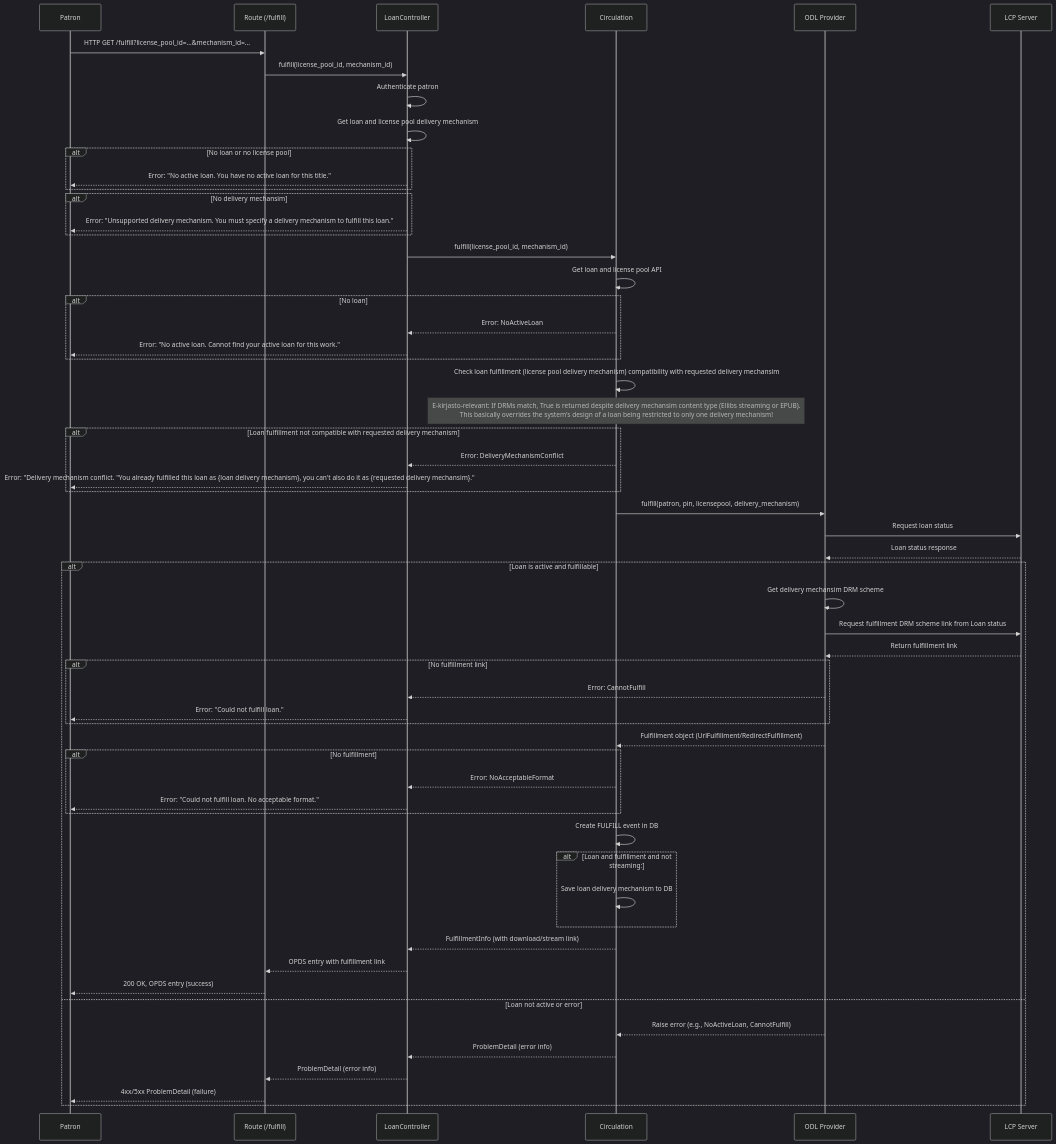
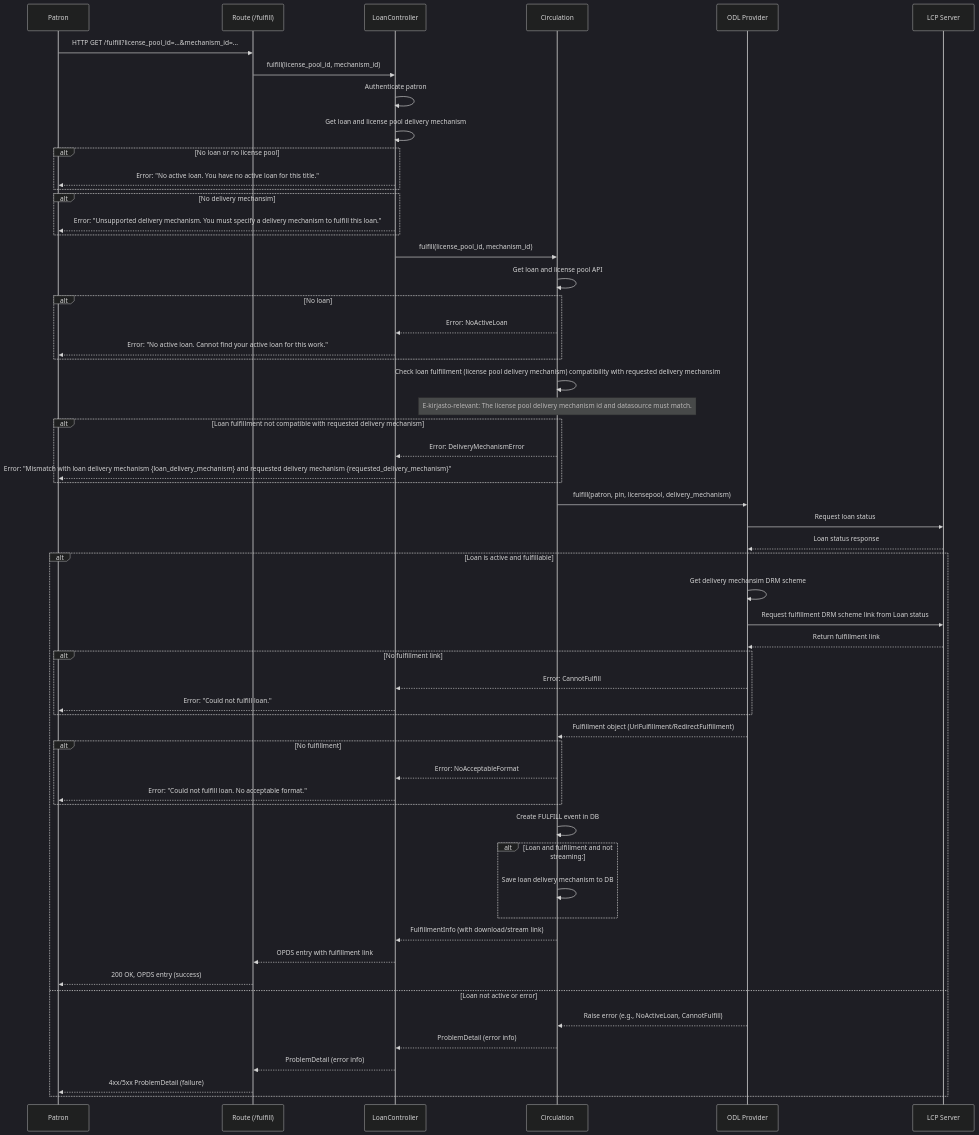
One commit to NatLibFi/ekirjasto-circulation changed the diagram in docs/diagrams/fulfill_flow.md. Above: the diagram before and after it, drawn with Mermaid (dark theme). The commit also changed 13 other files, not shown here.

First line of the commit message:
Ekir 934 enable audiobook streaming and downloading during loan (#330)

````diff
--- a/docs/diagrams/fulfill_flow.md
+++ b/docs/diagrams/fulfill_flow.md
@@ -1,64 +1,64 @@
 ```mermaid
 %% Mermaid Sequence Diagram: Fulfill Request (LCP, EPUB/PDF/Audiobook)
 %% Flow: Route → LoanController → CirculationAPI → ODL → ODL Server
 
 sequenceDiagram
     participant Patron
     participant FlaskRoute as Route (/fulfill)
     participant LoanController
     participant CirculationAPI as Circulation
     participant ODLAPI as ODL Provider
     participant ODLServer as LCP Server
 
     Patron->>FlaskRoute: HTTP GET /fulfill?license_pool_id=...&mechanism_id=...
     FlaskRoute->>LoanController: fulfill(license_pool_id, mechanism_id)
     LoanController->>LoanController: Authenticate patron
     LoanController->>LoanController: Get loan and license pool delivery mechanism
     alt No loan or no license pool
         LoanController-->>Patron: Error: "No active loan. You have no active loan for this title."
     end
     alt No delivery mechansim
         LoanController-->>Patron: Error: "Unsupported delivery mechanism. You must specify a delivery mechanism to fulfill this loan."
     end
     LoanController->>CirculationAPI: fulfill(license_pool_id, mechanism_id)
     CirculationAPI->>CirculationAPI: Get loan and license pool API
     alt No loan
         CirculationAPI-->>LoanController: Error: NoActiveLoan
         LoanController-->>Patron: Error: "No active loan. Cannot find your active loan for this work."
     end
     CirculationAPI->>CirculationAPI: Check loan fulfillment (license pool delivery mechanism) compatibility with requested delivery mechansim
-    Note over CirculationAPI: E-kirjasto-relevant: If DRMs match, True is returned despite delivery mechansim content type (Ellibs streaming or EPUB).<br/>This basically overrides the system's design of a loan being restricted to only one delivery mechanism!
+    Note over CirculationAPI: E-kirjasto-relevant: The license pool delivery mechanism id and datasource must match.
     alt Loan fulfillment not compatible with requested delivery mechanism
-        CirculationAPI-->>LoanController: Error: DeliveryMechanismConflict
-        LoanController-->>Patron: Error: "Delivery mechanism conflict. "You already fulfilled this loan as {loan delivery mechanism}, you can't also do it as {requested delivery mechansim}."
+        CirculationAPI-->>LoanController: Error: DeliveryMechanismError
+        LoanController-->>Patron: Error: "Mismatch with loan delivery mechanism {loan_delivery_mechanism} and requested delivery mechanism {requested_delivery_mechanism}"
     end
     CirculationAPI->>ODLAPI: fulfill(patron, pin, licensepool, delivery_mechanism)
     ODLAPI->>ODLServer: Request loan status
     ODLServer-->>ODLAPI: Loan status response
     alt Loan is active and fulfillable
         ODLAPI->>ODLAPI: Get delivery mechansim DRM scheme
         ODLAPI->>ODLServer: Request fulfillment DRM scheme link from Loan status
         ODLServer-->>ODLAPI: Return fulfillment link
         alt No fulfillment link
             ODLAPI-->>LoanController: Error: CannotFulfill
             LoanController-->>Patron: Error: "Could not fulfill loan."
         end
         ODLAPI-->>CirculationAPI: Fulfillment object (UrlFulfillment/RedirectFulfillment)
         alt No fulfillment
             CirculationAPI-->>LoanController: Error: NoAcceptableFormat
             LoanController-->>Patron: Error: "Could not fulfill loan. No acceptable format."
         end
         CirculationAPI->>CirculationAPI: Create FULFILL event in DB
         alt Loan and fulfillment and not streaming:
             CirculationAPI->>CirculationAPI: Save loan delivery mechanism to DB
         end
         CirculationAPI-->>LoanController: FulfillmentInfo (with download/stream link)
         LoanController-->>FlaskRoute: OPDS entry with fulfillment link
         FlaskRoute-->>Patron: 200 OK, OPDS entry (success)
     else Loan not active or error
         ODLAPI-->>CirculationAPI: Raise error (e.g., NoActiveLoan, CannotFulfill)
         CirculationAPI-->>LoanController: ProblemDetail (error info)
         LoanController-->>FlaskRoute: ProblemDetail (error info)
         FlaskRoute-->>Patron: 4xx/5xx ProblemDetail (failure)
     end
 ```
````
